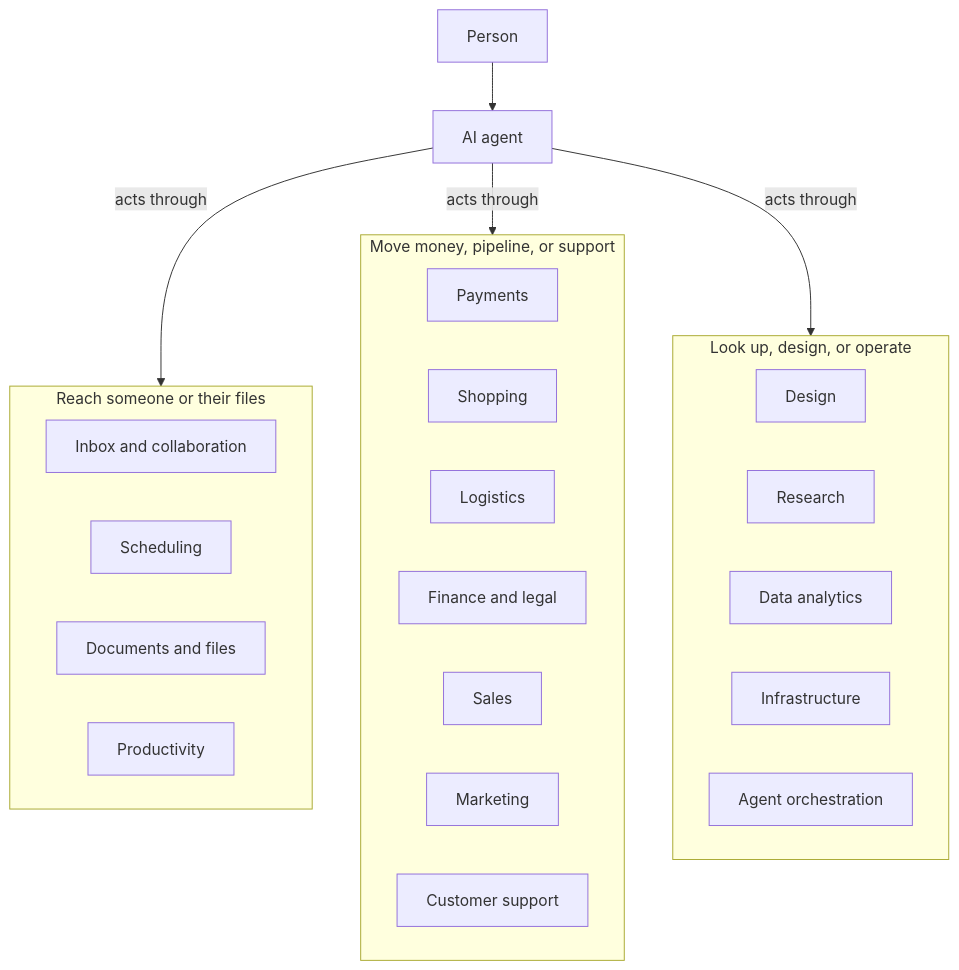
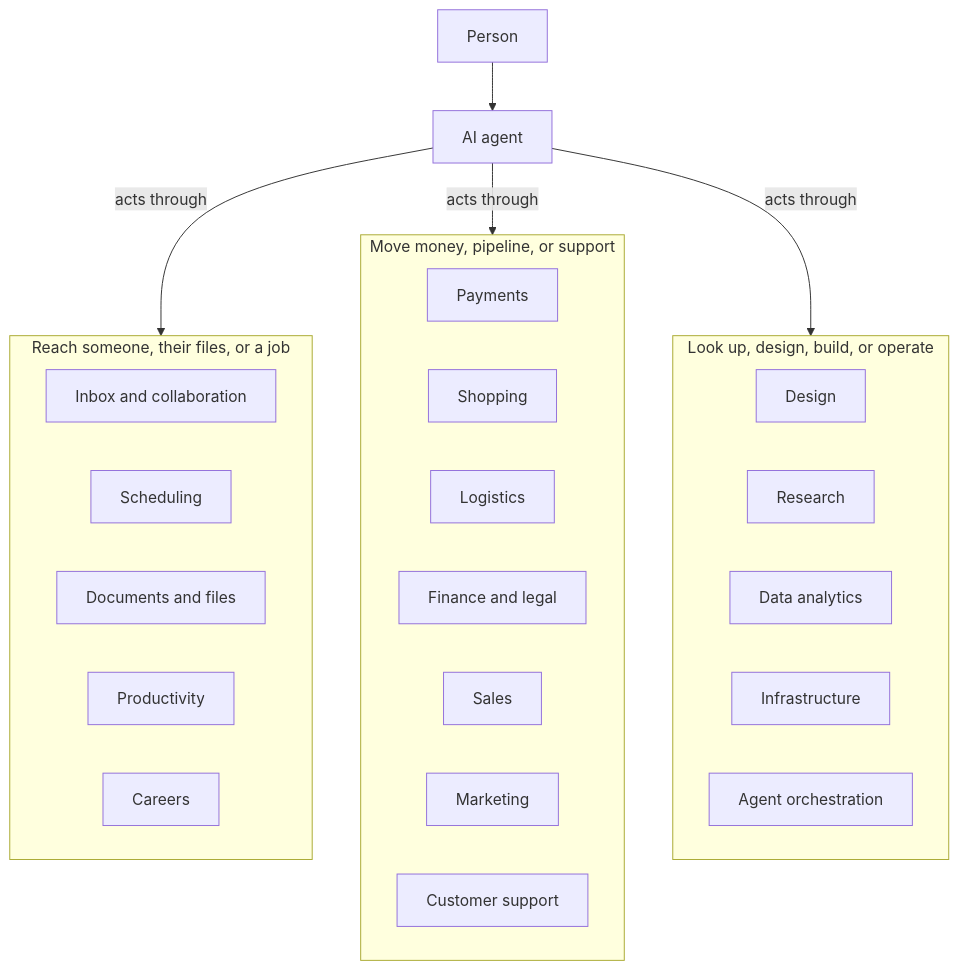
The diagram in README.md (0xWelt/Awesome-Agent-Services), drawn with Mermaid before and after one commit. The commit also changed other lines of this file and 786 other files, not shown here.

````diff
--- a/README.md
+++ b/README.md
@@ -24,38 +24,39 @@
 ```mermaid
 flowchart TB
     Person["Person"]
     Agent["AI agent"]
 
-    subgraph reach["Reach someone or their files"]
+    subgraph reach["Reach someone, their files, or a job"]
         direction LR
         Inbox["Inbox and collaboration"]
         Schedule["Scheduling"]
         Docs["Documents and files"]
         Prod["Productivity"]
+        Careers["Careers"]
     end
 
     subgraph commerce["Move money, pipeline, or support"]
         direction LR
         Pay["Payments"]
         Shopn["Shopping"]
         Logi["Logistics"]
         Fin["Finance and legal"]
         Sales["Sales"]
         Mkt["Marketing"]
         Support["Customer support"]
     end
 
-    subgraph platforms["Look up, design, or operate"]
+    subgraph platforms["Look up, design, build, or operate"]
         direction LR
         Design["Design"]
         Research["Research"]
         Data["Data analytics"]
         Infra["Infrastructure"]
         Orch["Agent orchestration"]
     end
 
     Person --> Agent
     Agent -->|acts through| reach
     Agent -->|acts through| commerce
     Agent -->|acts through| platforms
 ```
````
